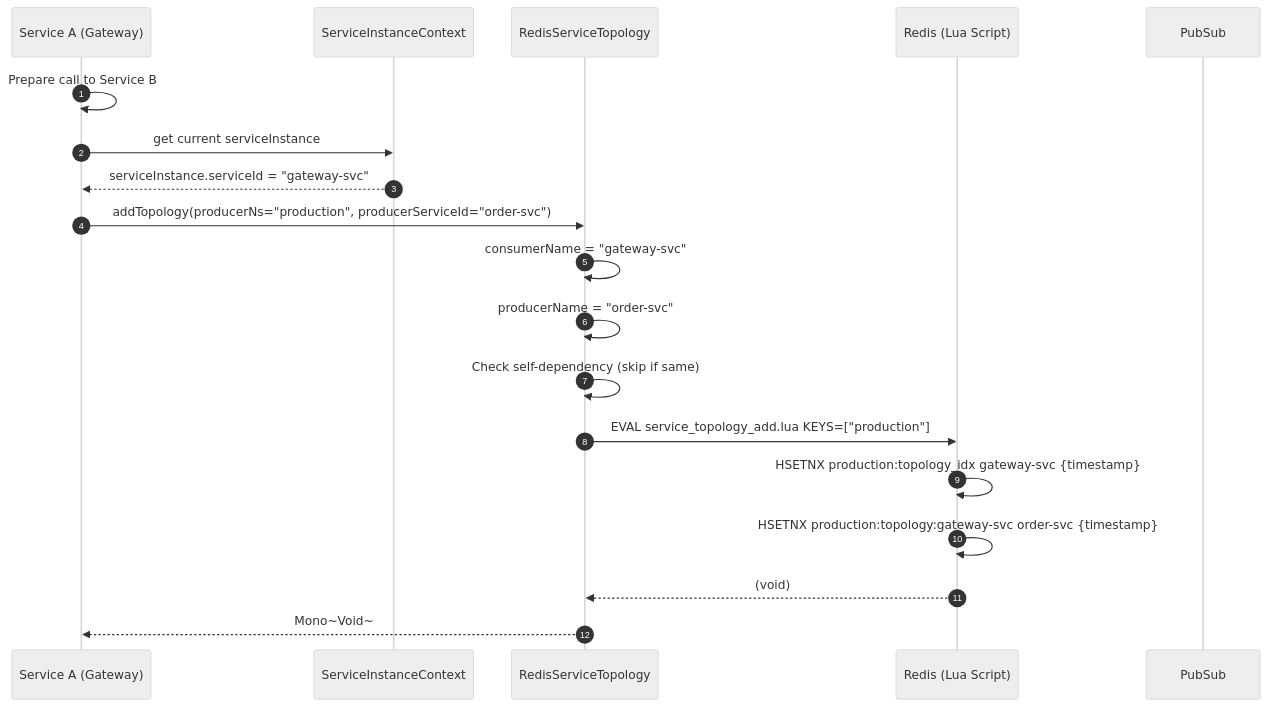
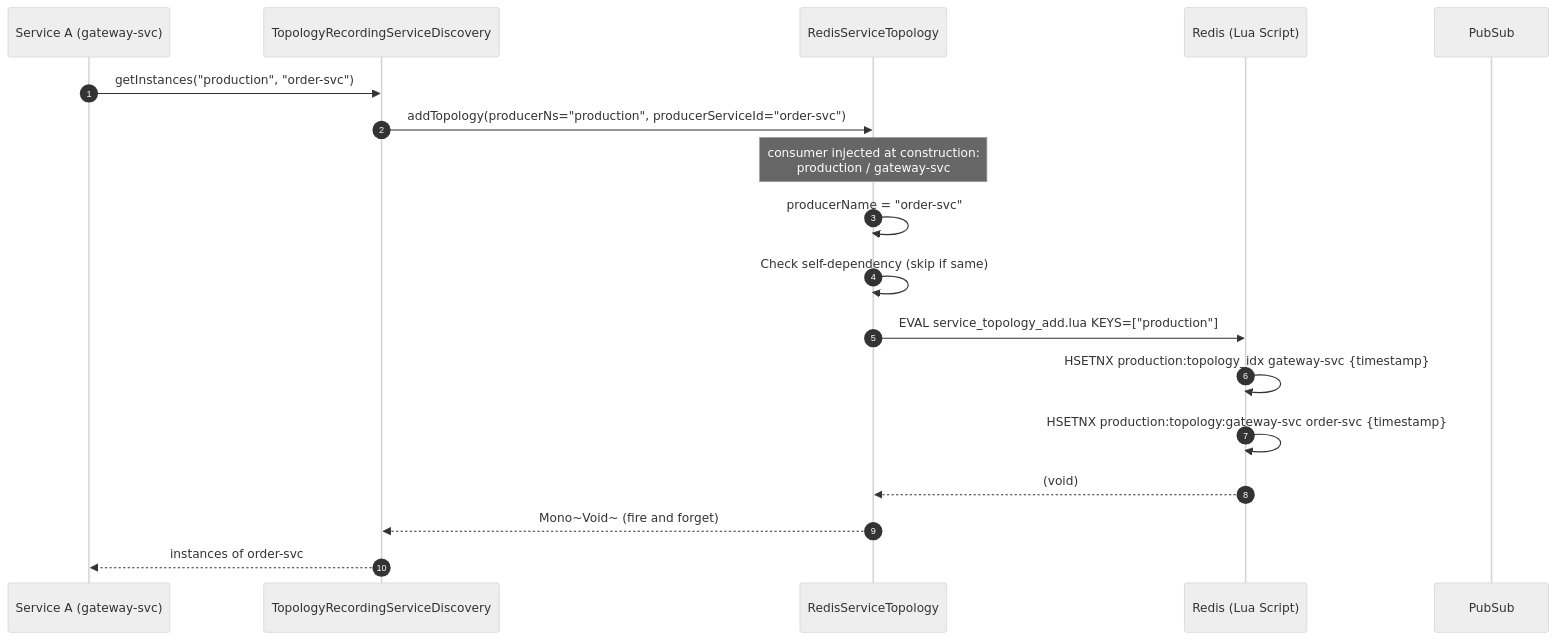
One commit to Ahoo-Wang/CoSky changed the third of 5 diagrams in wiki/guide/service-topology.md. Above: the diagram before and after it, drawn with Mermaid (neutral theme). The commit also changed other lines of this file and 35 other files, not shown here.

````diff
--- a/wiki/guide/service-topology.md
+++ b/wiki/guide/service-topology.md
@@ -104,22 +109,21 @@
 ```mermaid
 sequenceDiagram
     autonumber
-    participant SvcA as Service A (Gateway)
-    participant SC as ServiceInstanceContext
+    participant SvcA as Service A (gateway-svc)
+    participant TRD as TopologyRecordingServiceDiscovery
     participant RST as RedisServiceTopology
     participant Redis as Redis (Lua Script)
     participant Sub as PubSub
 
-    SvcA->>SvcA: Prepare call to Service B
-    SvcA->>SC: get current serviceInstance
-    SC-->>SvcA: serviceInstance.serviceId = "gateway-svc"
-    SvcA->>RST: addTopology(producerNs="production", producerServiceId="order-svc")
-    RST->>RST: consumerName = "gateway-svc"
+    SvcA->>TRD: getInstances("production", "order-svc")
+    TRD->>RST: addTopology(producerNs="production", producerServiceId="order-svc")
+    Note over RST: consumer injected at construction:<br>production / gateway-svc
     RST->>RST: producerName = "order-svc"
     RST->>RST: Check self-dependency (skip if same)
     RST->>Redis: EVAL service_topology_add.lua KEYS=["production"]
     Redis->>Redis: HSETNX production:topology_idx gateway-svc {timestamp}
     Redis->>Redis: HSETNX production:topology:gateway-svc order-svc {timestamp}
     Redis-->>RST: (void)
-    RST-->>SvcA: Mono~Void~
+    RST-->>TRD: Mono~Void~ (fire and forget)
+    TRD-->>SvcA: instances of order-svc
 ```
````
